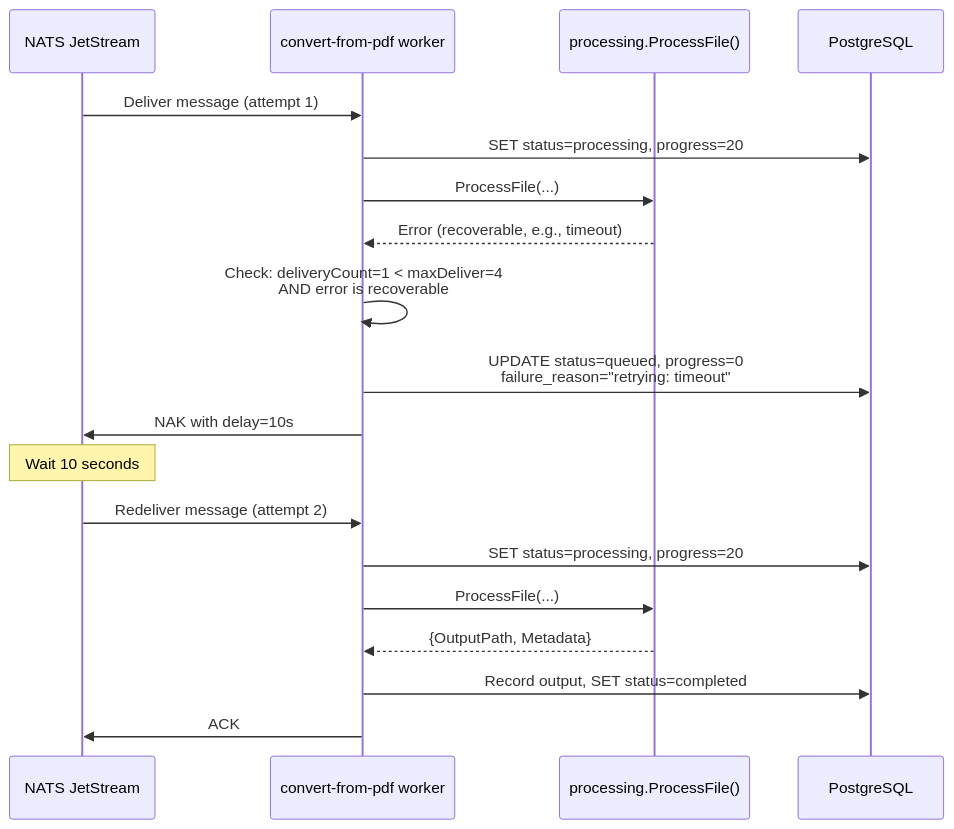
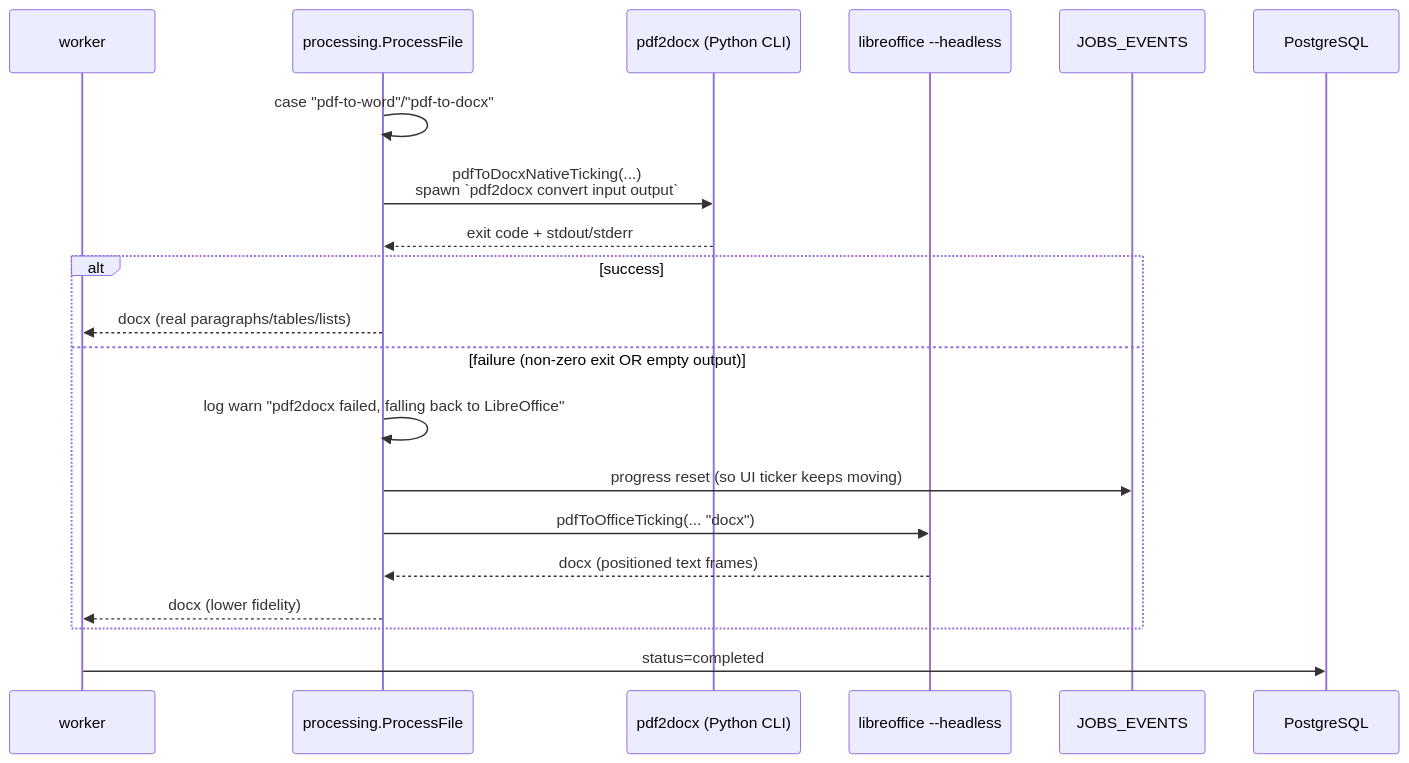
Before and after one commit to Prachidubey2003/fyredocs_backend: the second of 6 diagrams in docs/developer/mermaid/service-convert-from-pdf-sequence.md, drawn with Mermaid. The commit also changed other lines of this file and 39 other files, not shown here.

Commit message:
Refactor PDF services to use NATS JetStream for job dispatch and event publishing; enhance documentation for OPTIMIZE_PDF and ORGANIZE_PDF services; remove deprecated UPLOAD_SERVICE documentation; update OpenAPI spec for improved clarity and accuracy.

````diff
--- a/docs/developer/mermaid/service-convert-from-pdf-sequence.md
+++ b/docs/developer/mermaid/service-convert-from-pdf-sequence.md
@@ -48,32 +41,23 @@
 ```mermaid
 sequenceDiagram
-    participant NATS as NATS JetStream
-    participant Worker as convert-from-pdf worker
-    participant Processing as processing.ProcessFile()
+    participant W as worker
+    participant Proc as processing.ProcessFile
+    participant Native as pdf2docx (Python CLI)
+    participant LO as libreoffice --headless
+    participant EV as JOBS_EVENTS
     participant PG as PostgreSQL
 
-    NATS->>Worker: Deliver message (attempt 1)
-
-    Worker->>PG: SET status=processing, progress=20
-
-    Worker->>Processing: ProcessFile(...)
-    Processing-->>Worker: Error (recoverable, e.g., timeout)
-
-    Worker->>Worker: Check: deliveryCount=1 < maxDeliver=4<br/>AND error is recoverable
-
-    Worker->>PG: UPDATE status=queued, progress=0<br/>failure_reason="retrying: timeout"
-
-    Worker->>NATS: NAK with delay=10s
-
-    Note over NATS: Wait 10 seconds
-
-    NATS->>Worker: Redeliver message (attempt 2)
-
-    Worker->>PG: SET status=processing, progress=20
-
-    Worker->>Processing: ProcessFile(...)
-    Processing-->>Worker: {OutputPath, Metadata}
-
-    Worker->>PG: Record output, SET status=completed
-    Worker->>NATS: ACK
+    Proc->>Proc: case "pdf-to-word"/"pdf-to-docx"
+    Proc->>Native: pdfToDocxNativeTicking(...)<br/>spawn `pdf2docx convert input output`
+    Native-->>Proc: exit code + stdout/stderr
+    alt success
+        Proc-->>W: docx (real paragraphs/tables/lists)
+    else failure (non-zero exit OR empty output)
+        Proc->>Proc: log warn "pdf2docx failed, falling back to LibreOffice"
+        Proc->>EV: progress reset (so UI ticker keeps moving)
+        Proc->>LO: pdfToOfficeTicking(... "docx")
+        LO-->>Proc: docx (positioned text frames)
+        Proc-->>W: docx (lower fidelity)
+    end
+    W->>PG: status=completed
 ```
````
